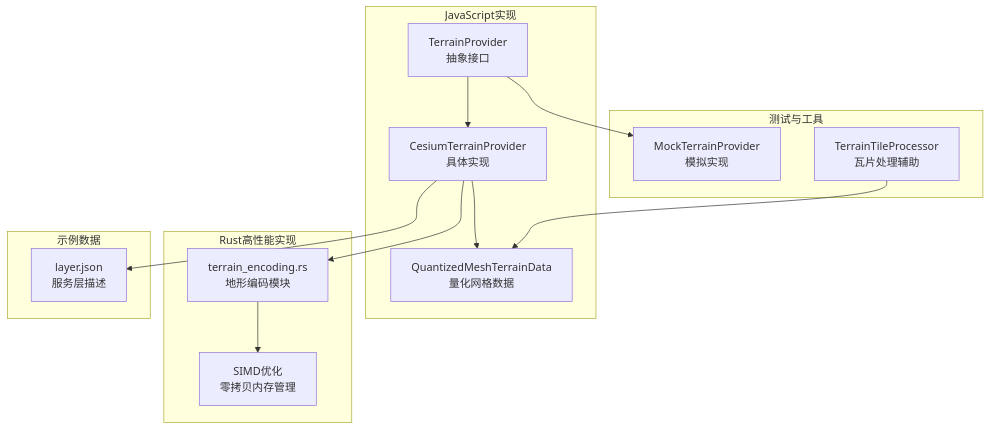
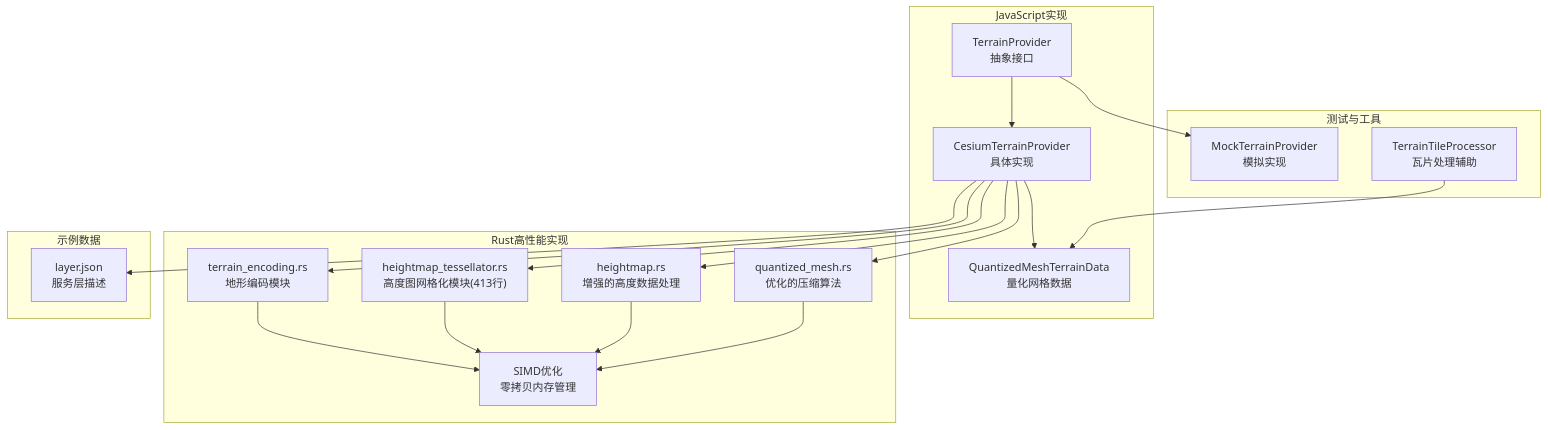
One commit to rzhangjing/cesium changed the first of 7 diagrams in .qoder/repowiki/zh/content/项目概述/核心特性/地形与影像系统/地形数据提供者系统.md. Above: the diagram before and after it, drawn with Mermaid. The commit also changed other lines of this file and 32 other files, not shown here.

````diff
--- a/.qoder/repowiki/zh/content/项目概述/核心特性/地形与影像系统/地形数据提供者系统.md
+++ b/.qoder/repowiki/zh/content/项目概述/核心特性/地形与影像系统/地形数据提供者系统.md
@@ -60,26 +66,35 @@
 ```mermaid
 graph TB
 subgraph "JavaScript实现"
 TP["TerrainProvider<br/>抽象接口"]
 CT["CesiumTerrainProvider<br/>具体实现"]
 QM["QuantizedMeshTerrainData<br/>量化网格数据"]
 end
 subgraph "Rust高性能实现"
 TE["terrain_encoding.rs<br/>地形编码模块"]
+HT["heightmap_tessellator.rs<br/>高度图网格化模块(413行)"]
+HM["heightmap.rs<br/>增强的高度数据处理"]
+QMRS["quantized_mesh.rs<br/>优化的压缩算法"]
 SIMD["SIMD优化<br/>零拷贝内存管理"]
 end
 subgraph "测试与工具"
 MTP["MockTerrainProvider<br/>模拟实现"]
 TTP["TerrainTileProcessor<br/>瓦片处理辅助"]
 end
 subgraph "示例数据"
 LJSON["layer.json<br/>服务层描述"]
 end
 TP --> CT
 CT --> QM
 CT --> TE
+CT --> HT
+CT --> HM
+CT --> QMRS
 TE --> SIMD
+HT --> SIMD
+HM --> SIMD
+QMRS --> SIMD
 TP --> MTP
 TTP --> QM
 CT --> LJSON
 ```
````
